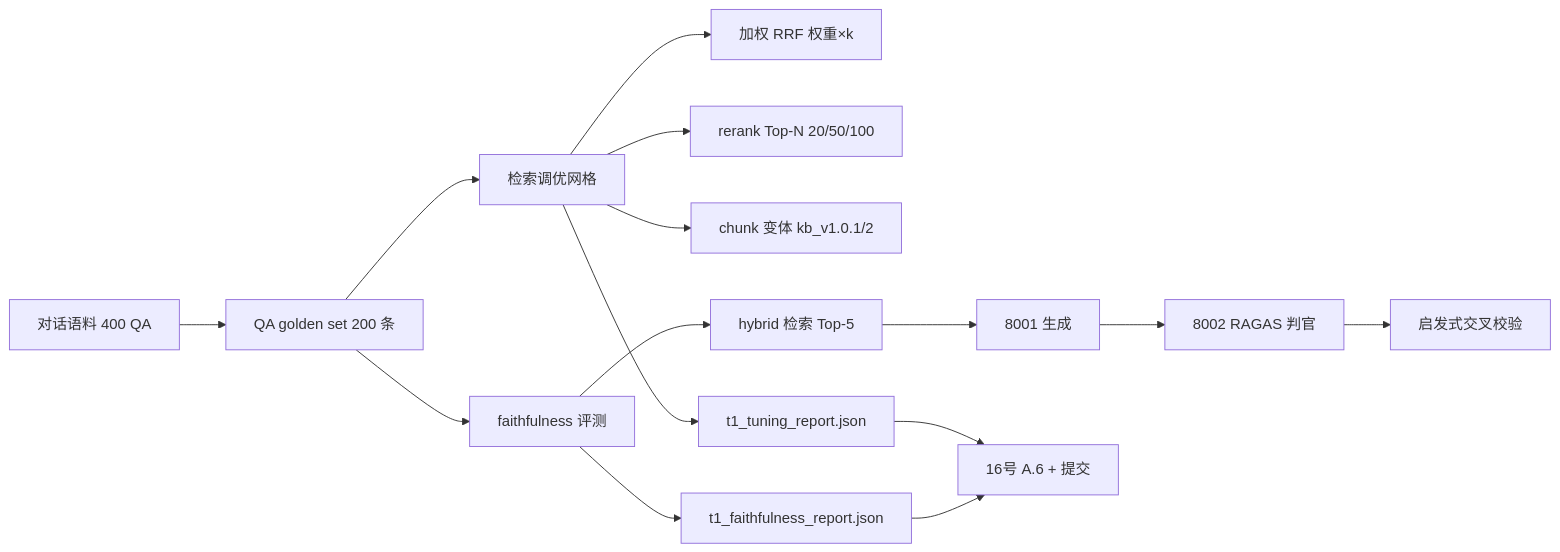
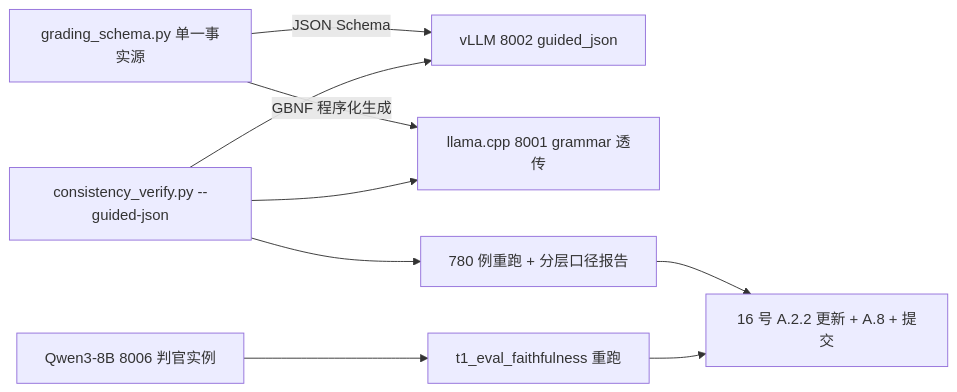
The diagram in .codebuddy/plans/t1c-rag-metrics-loop-调优与忠实度评测_f056030e.md (Geetie/Ultrasound-Diagnosis-Decision-Support-AI-System), drawn with Mermaid before and after one commit. The commit also changed other lines of this file and 26 other files, not shown here.

````diff
--- a/.codebuddy/plans/t1c-rag-metrics-loop-调优与忠实度评测_f056030e.md
+++ b/.codebuddy/plans/t1c-rag-metrics-loop-调优与忠实度评测_f056030e.md
@@ -85,14 +97,10 @@
 ```mermaid
 graph LR
-    A[对话语料 400 QA] --> B[QA golden set 200 条]
-    B --> C[检索调优网格]
-    C --> C1[加权 RRF 权重×k]
-    C --> C2[rerank Top-N 20/50/100]
-    C --> C3[chunk 变体 kb_v1.0.1/2]
-    B --> D[faithfulness 评测]
-    D --> D1[hybrid 检索 Top-5] --> D2[8001 生成] --> D3[8002 RAGAS 判官] 
-    D3 --> D4[启发式交叉校验]
-    C --> E[t1_tuning_report.json]
-    D --> E2[t1_faithfulness_report.json]
-    E & E2 --> F[16号 A.6 + 提交]
+    S[grading_schema.py 单一事实源] -->|JSON Schema| V[vLLM 8002 guided_json]
+    S -->|GBNF 程序化生成| L[llama.cpp 8001 grammar 透传]
+    C[consistency_verify.py --guided-json] --> V
+    C --> L
+    C --> R[780 例重跑 + 分层口径报告]
+    J[Qwen3-8B 8006 判官实例] --> F[t1_eval_faithfulness 重跑]
+    R & F --> D[16 号 A.2.2 更新 + A.8 + 提交]
 ```
````
